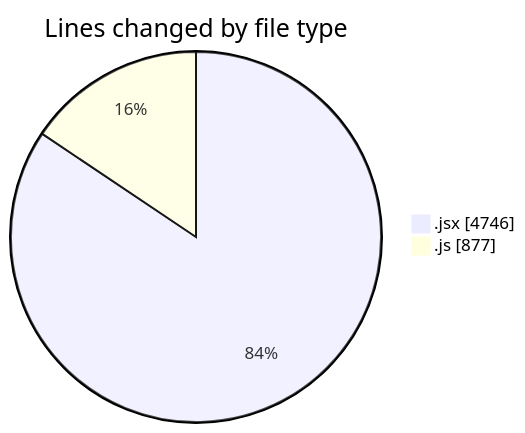
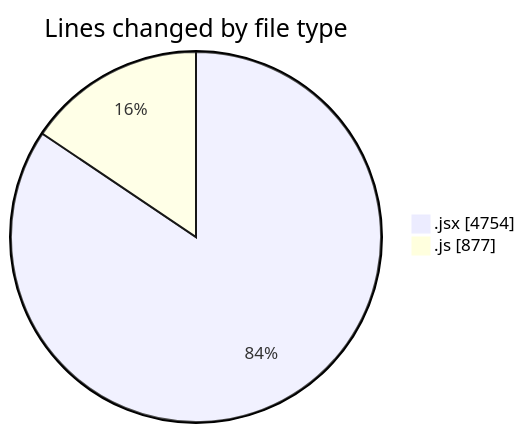
The first of 2 diagrams in 2025-07-21/nxtqube_webapp/README.md (nxtqubesakshisongat/code-tracking), drawn with Mermaid before and after one commit. The commit also changed other lines of this file and 1 other file, not shown here.

````diff
--- a/2025-07-21/nxtqube_webapp/README.md
+++ b/2025-07-21/nxtqube_webapp/README.md
@@ -28,6 +28,6 @@
 ```mermaid
 pie showData
 title Lines changed by file type
-".jsx" : 4746
+".jsx" : 4754
 ".js" : 877
 ```
````
